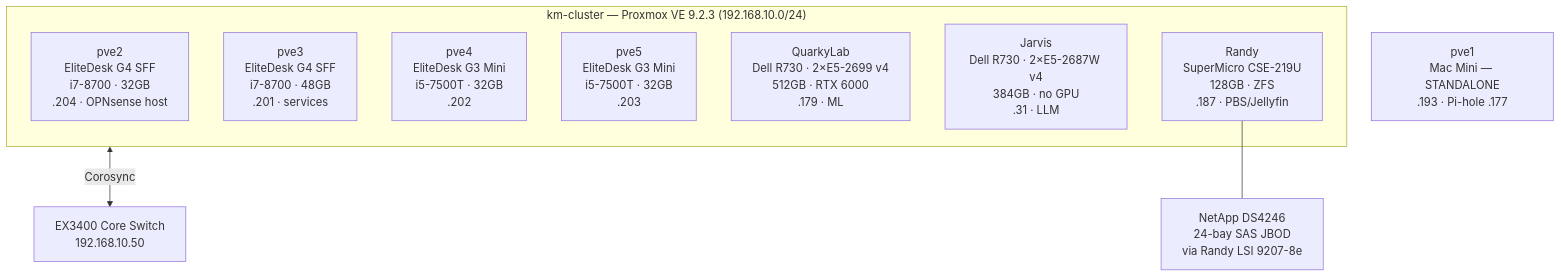
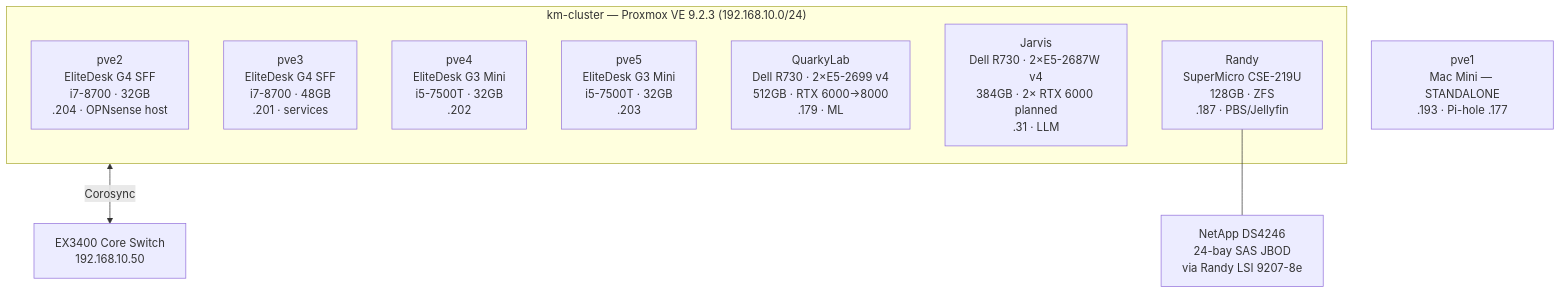
Before and after one commit to machismo0311/dotfiles: the diagram in Vaults/homelab-vault/Infrastructure/Proxmox Cluster.md, drawn with Mermaid. The commit also changed other lines of this file and 10 other files, not shown here.

First line of the commit message:
Sync homelab GPU-plan docs + Home-Lab pointer

````diff
--- a/Vaults/homelab-vault/Infrastructure/Proxmox Cluster.md
+++ b/Vaults/homelab-vault/Infrastructure/Proxmox Cluster.md
@@ -9,18 +9,18 @@
 ```mermaid
 flowchart TB
     subgraph CLUSTER["km-cluster — Proxmox VE 9.2.3 (192.168.10.0/24)"]
         PVE2[pve2\nEliteDesk G4 SFF\ni7-8700 · 32GB\n.204 · OPNsense host]
         PVE3[pve3\nEliteDesk G4 SFF\ni7-8700 · 48GB\n.201 · services]
         PVE4[pve4\nEliteDesk G3 Mini\ni5-7500T · 32GB\n.202]
         PVE5[pve5\nEliteDesk G3 Mini\ni5-7500T · 32GB\n.203]
-        QUARK[QuarkyLab\nDell R730 · 2×E5-2699 v4\n512GB · RTX 6000\n.179 · ML]
-        JARVIS[Jarvis\nDell R730 · 2×E5-2687W v4\n384GB · no GPU\n.31 · LLM]
+        QUARK[QuarkyLab\nDell R730 · 2×E5-2699 v4\n512GB · RTX 6000→8000\n.179 · ML]
+        JARVIS[Jarvis\nDell R730 · 2×E5-2687W v4\n384GB · 2× RTX 6000 planned\n.31 · LLM]
         RANDY[Randy\nSuperMicro CSE-219U\n128GB · ZFS\n.187 · PBS/Jellyfin]
     end
 
     PVE1[pve1\nMac Mini — STANDALONE\n.193 · Pi-hole .177]
     NAS[NetApp DS4246\n24-bay SAS JBOD\nvia Randy LSI 9207-8e]
 
     CLUSTER <-->|Corosync| NETWORK[EX3400 Core Switch\n192.168.10.50]
     RANDY --- NAS
 ```
````
